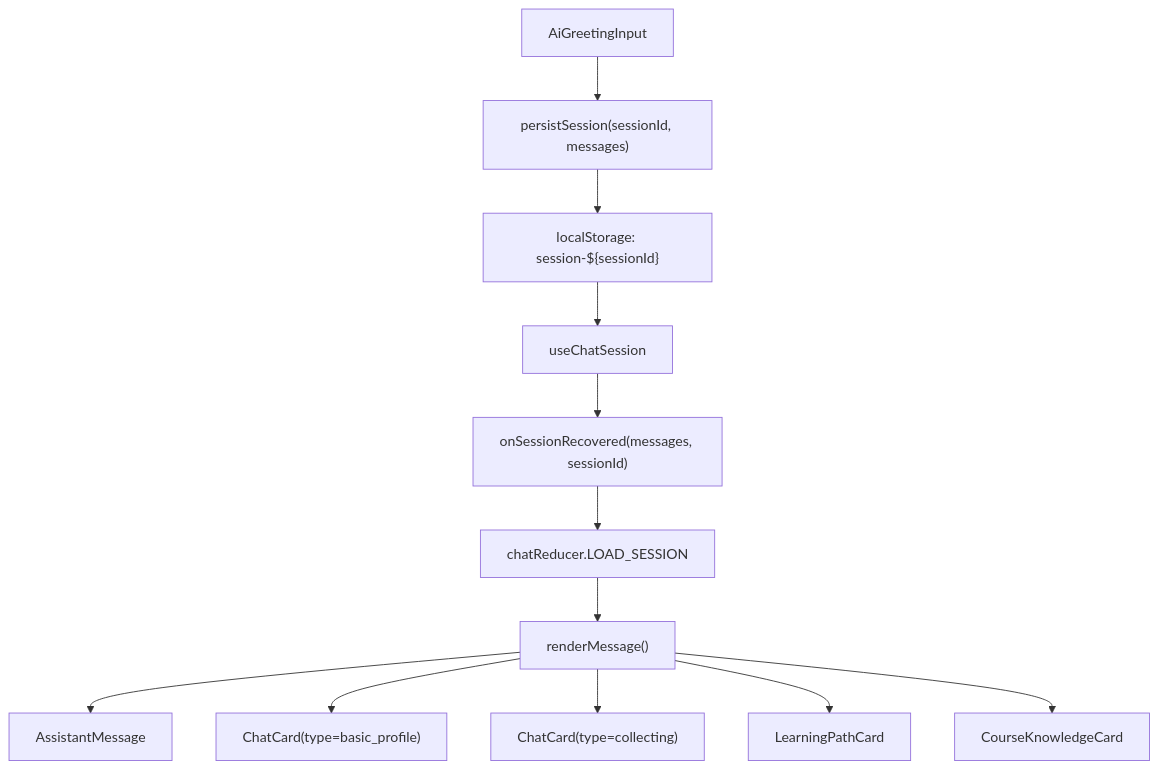
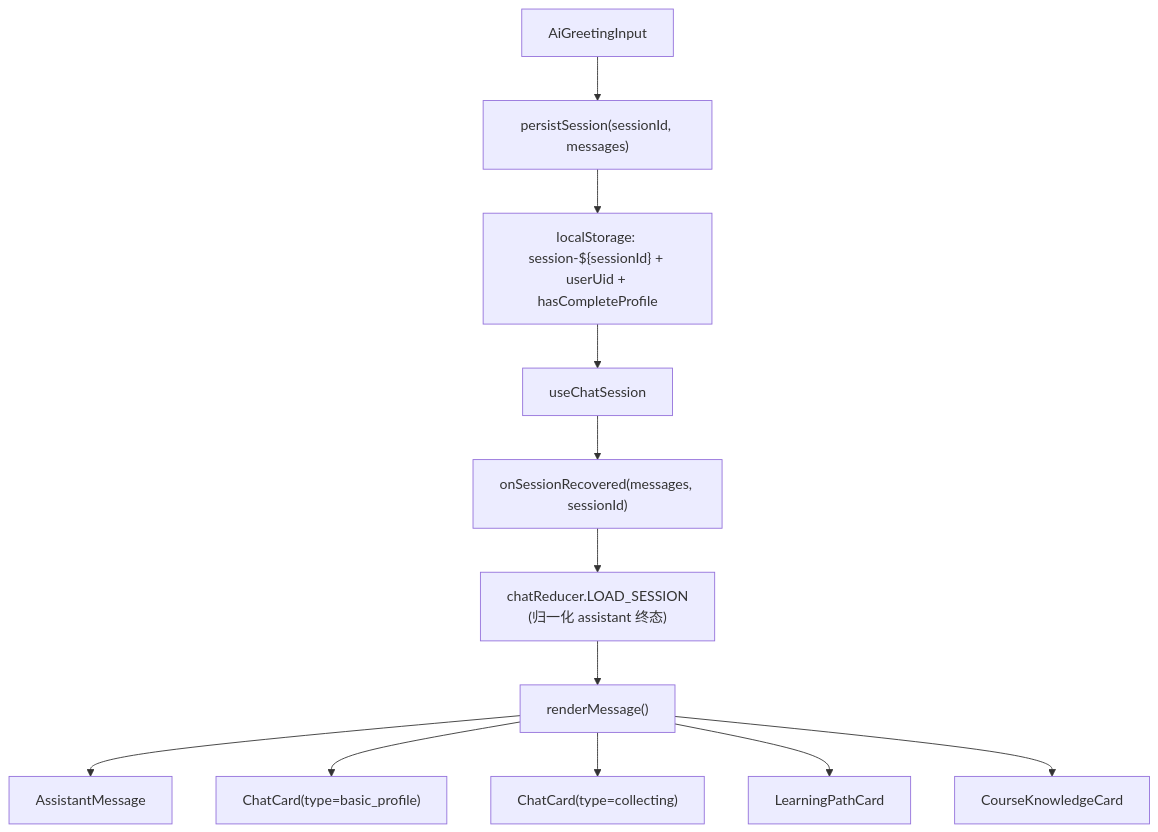
One commit to innovationpuls-creator/mutiagent changed diagram 18 of 54 in docs/agent逻辑.md. Above: the diagram before and after it, drawn with Mermaid. The commit also changed other lines of this file and 66 other files, not shown here.

````diff
--- a/docs/agent逻辑.md
+++ b/docs/agent逻辑.md
@@ -510,14 +818,14 @@
 ```mermaid
 graph TD
   A["AiGreetingInput"] --> B["persistSession(sessionId, messages)"]
-  B --> C["localStorage: session-${sessionId}"]
+  B --> C["localStorage: session-${sessionId} + userUid + hasCompleteProfile"]
   C --> D["useChatSession"]
   D --> E["onSessionRecovered(messages, sessionId)"]
-  E --> F["chatReducer.LOAD_SESSION"]
+  E --> F["chatReducer.LOAD_SESSION\n(归一化 assistant 终态)"]
   F --> G["renderMessage()"]
   G --> H["AssistantMessage"]
   G --> I["ChatCard(type=basic_profile)"]
   G --> J["ChatCard(type=collecting)"]
   G --> K["LearningPathCard"]
   G --> L["CourseKnowledgeCard"]
 ```
````
